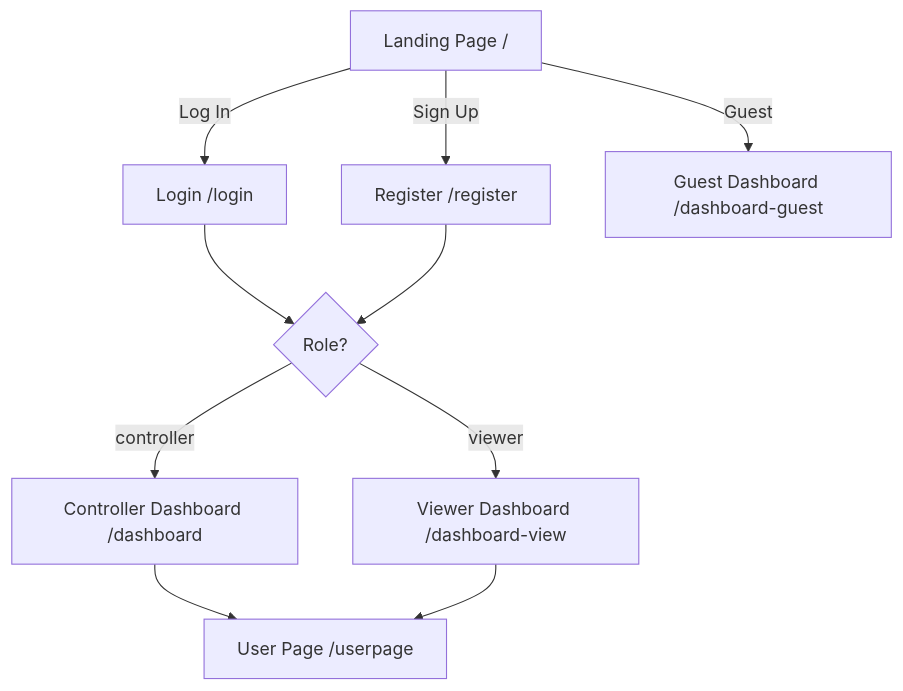
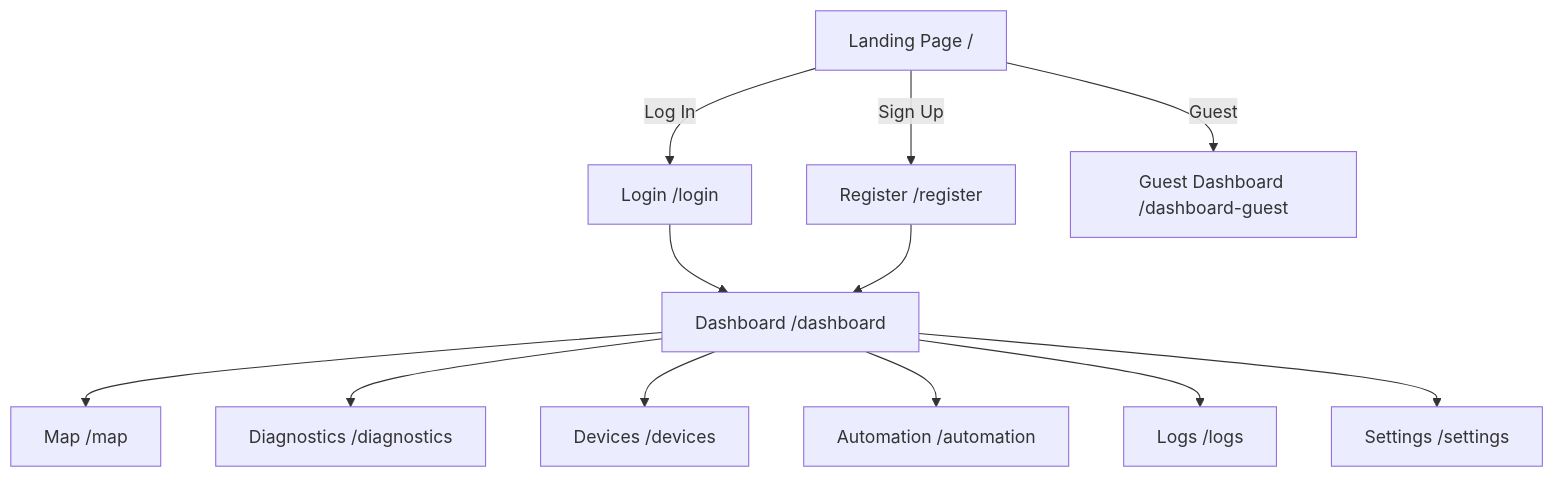
The diagram in server/frontend/docs/routing.md (smartuni/riot-po-2026), drawn with Mermaid before and after one commit. The commit also changed other lines of this file and 199 other files, not shown here.

````diff
--- a/server/frontend/docs/routing.md
+++ b/server/frontend/docs/routing.md
@@ -47,17 +61,18 @@
 ```mermaid
 flowchart TB
     Landing[Landing Page /]
     
     Landing -->|Log In| Login[Login /login]
     Landing -->|Sign Up| Register[Register /register]
     Landing -->|Guest| Guest[Guest Dashboard /dashboard-guest]
     
-    Login --> RoleCheck{Role?}
-    Register --> RoleCheck
+    Login --> Dashboard[Dashboard /dashboard]
+    Register --> Dashboard
     
-    RoleCheck -->|controller| Controller[Controller Dashboard /dashboard]
-    RoleCheck -->|viewer| Viewer[Viewer Dashboard /dashboard-view]
-    
-    Controller --> UserPage[User Page /userpage]
-    Viewer --> UserPage
+    Dashboard --> Map[Map /map]
+    Dashboard --> Diagnostics[Diagnostics /diagnostics]
+    Dashboard --> Devices[Devices /devices]
+    Dashboard --> Automation[Automation /automation]
+    Dashboard --> Logs[Logs /logs]
+    Dashboard --> Settings[Settings /settings]
 ```
````
